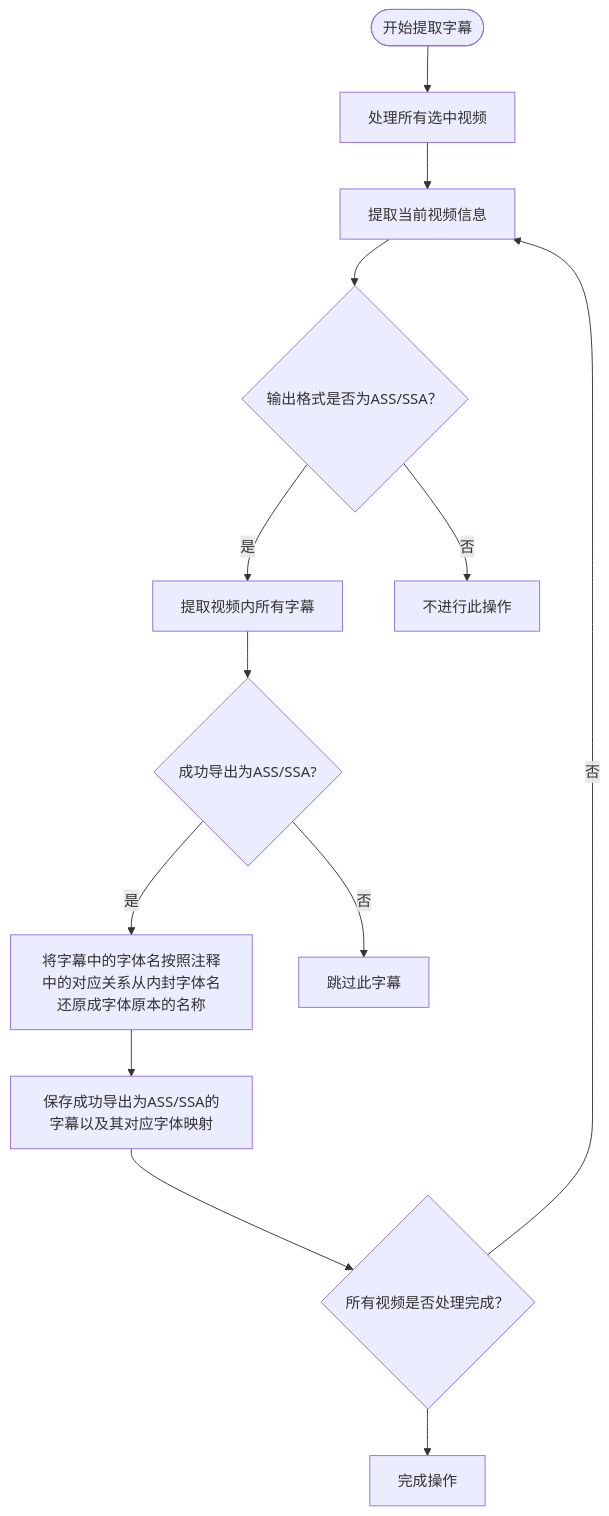
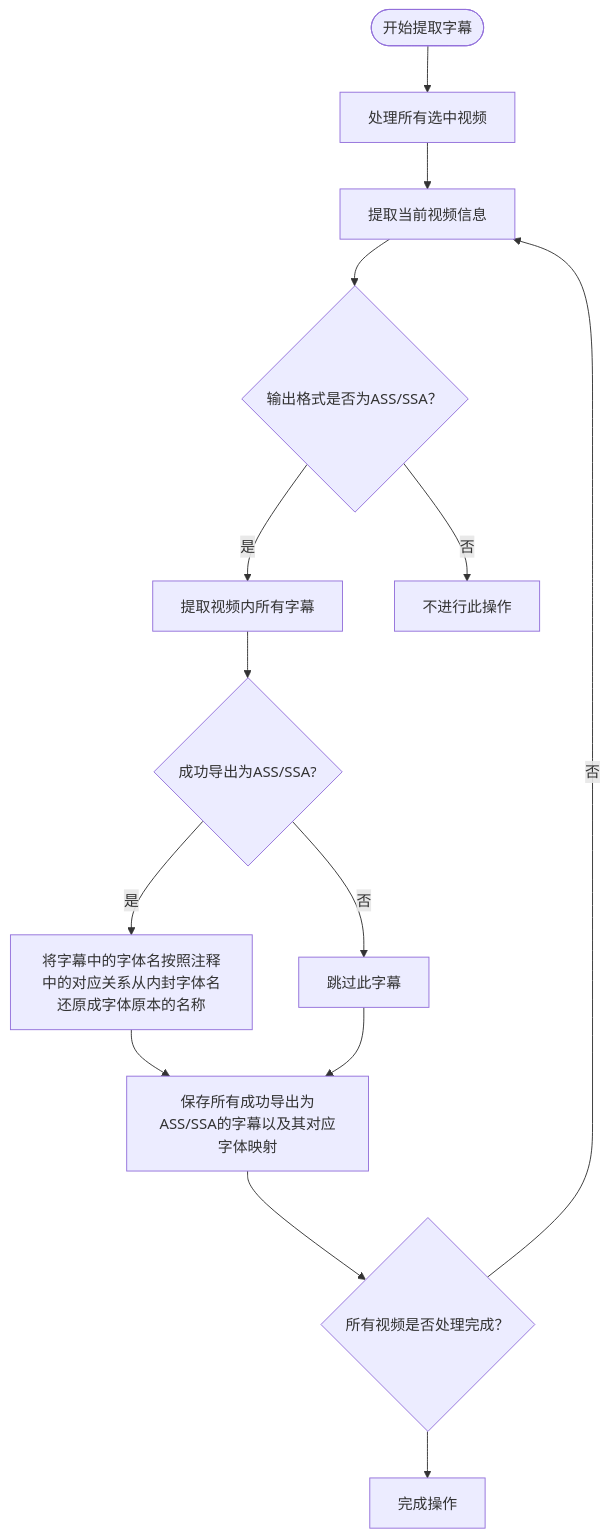
The third of 4 diagrams in README.md (TCBOMC/Subtitle-Exporter), drawn with Mermaid before and after one commit. The commit also changed other lines of this file, not shown here.

````diff
--- a/README.md
+++ b/README.md
@@ -127,17 +128,18 @@
     ```mermaid
     flowchart TD
     A(["开始提取字幕"]) --> B["处理所有选中视频"]
     C{"输出格式是否为ASS/SSA？"} -- 是 --> D["提取视频内所有字幕"]
     C -- 否 --> E["不进行此操作"]
     B --> n1["提取当前视频信息"]
     n1 --> C
     D --> n8["成功导出为ASS/SSA?"]
     n5["所有视频是否处理完成？"] -- 否 --> n1
-    n7["将字幕中的字体名按照注释中的对应关系从内封字体名还原成字体原本的名称"] --> n2["保存成功导出为ASS/SSA的字幕以及其对应字体映射"]
+    n7["将字幕中的字体名按照注释中的对应关系从内封字体名还原成字体原本的名称"] --> n2["保存所有成功导出为ASS/SSA的字幕以及其对应字体映射"]
     n8 -- 是 --> n7
     n8 -- 否 --> n9["跳过此字幕"]
+    n9 --> n2
     n2 --> n5
     n5 --> n14["完成操作"]
     n8@{ shape: diam}
     n5@{ shape: diam}
     ```
````
